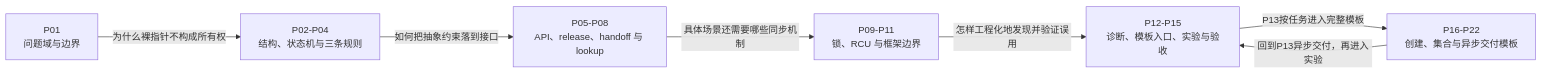
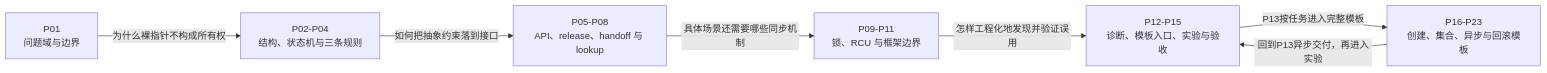
The diagram in knowledge/linux/object_lifetime/kref/大纲.md (FormingSystem/linux_note), drawn with Mermaid before and after one commit. The commit also changed other lines of this file and 18 other files, not shown here.

````diff
--- a/knowledge/linux/object_lifetime/kref/大纲.md
+++ b/knowledge/linux/object_lifetime/kref/大纲.md
@@ -21,16 +21,16 @@
 ```mermaid
 flowchart LR
     A["P01<br/>问题域与边界"]
     B["P02-P04<br/>结构、状态机与三条规则"]
     C["P05-P08<br/>API、release、handoff 与 lookup"]
     D["P09-P11<br/>锁、RCU 与框架边界"]
     E["P12-P15<br/>诊断、模板入口、实验与验收"]
-    T["P16-P22<br/>创建、集合与异步交付模板"]
+    T["P16-P23<br/>创建、集合、异步与回滚模板"]
 
     A -->|"为什么裸指针不构成所有权"| B
     B -->|"如何把抽象约束落到接口"| C
     C -->|"具体场景还需要哪些同步机制"| D
     D -->|"怎样工程化地发现并验证误用"| E
     E -->|"P13按任务进入完整模板"| T
     T -->|"回到P13异步交付，再进入实验"| E
 ```
````
